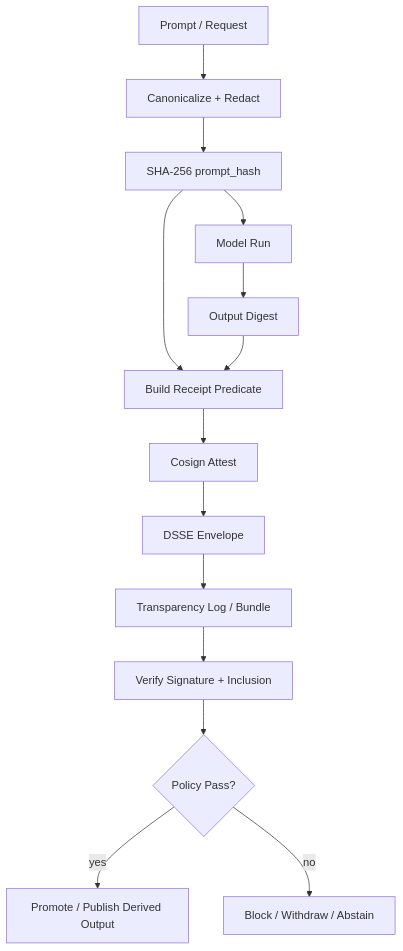
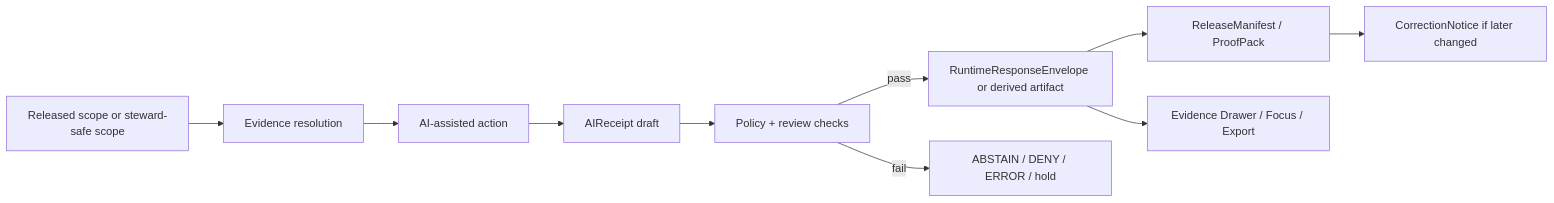
Before and after one commit to bartytime4life/Kansas-Frontier-Matrix: the diagram in docs/security/ai-receipts/README.md, drawn with Mermaid. The commit also changed other lines of this file, not shown here.

````diff
--- a/docs/security/ai-receipts/README.md
+++ b/docs/security/ai-receipts/README.md
@@ -194,16 +176,12 @@
 ```mermaid
-flowchart TD
-    A[Prompt / Request] --> B[Canonicalize + Redact]
-    B --> C[SHA-256 prompt_hash]
-    C --> D[Model Run]
-    D --> E[Output Digest]
-    C --> F[Build Receipt Predicate]
-    E --> F
-    F --> G[Cosign Attest]
-    G --> H[DSSE Envelope]
-    H --> I[Transparency Log / Bundle]
-    I --> J[Verify Signature + Inclusion]
-    J --> K{Policy Pass?}
-    K -- yes --> L[Promote / Publish Derived Output]
-    K -- no --> M[Block / Withdraw / Abstain]
+flowchart LR
+    A[Released scope or steward-safe scope] --> B[Evidence resolution]
+    B --> C[AI-assisted action]
+    C --> D[AIReceipt draft]
+    D --> E[Policy + review checks]
+    E -->|pass| F[RuntimeResponseEnvelope or derived artifact]
+    E -->|fail| G[ABSTAIN / DENY / ERROR / hold]
+    F --> H[ReleaseManifest / ProofPack]
+    F --> I[Evidence Drawer / Focus / Export]
+    H --> J[CorrectionNotice if later changed]
 ```
````
